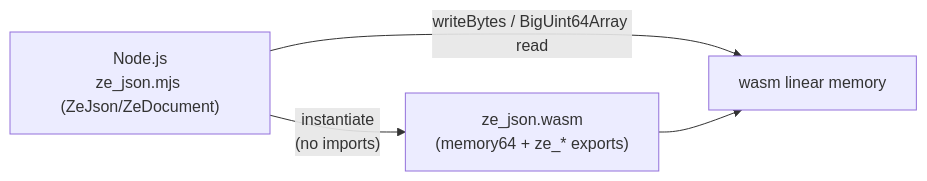
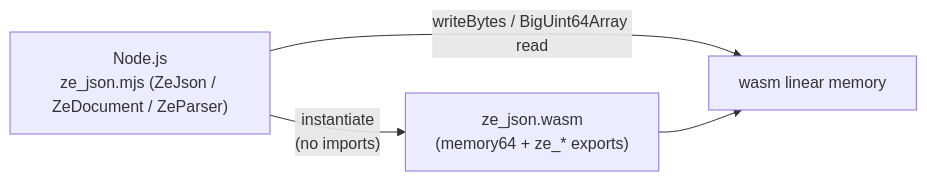
The third of 3 diagrams in docs/architecture/README.md (zuudevs/ze_json), drawn with Mermaid before and after one commit. The commit also changed other lines of this file and 2 other files, not shown here.

Commit message:
docs: align documentation with as-built on-demand parser and ABI v3

````diff
--- a/docs/architecture/README.md
+++ b/docs/architecture/README.md
@@ -94,6 +141,6 @@
 ```mermaid
 flowchart LR
-    JS["Node.js\nze_json.mjs (ZeJson/ZeDocument)"] -->|"instantiate\n(no imports)"| W["ze_json.wasm\n(memory64 + ze_* exports)"]
+    JS["Node.js\nze_json.mjs (ZeJson / ZeDocument / ZeParser)"] -->|"instantiate\n(no imports)"| W["ze_json.wasm\n(memory64 + ze_* exports)"]
     JS -->|"writeBytes / BigUint64Array read"| M["wasm linear memory"]
     W --> M
 ```
````
